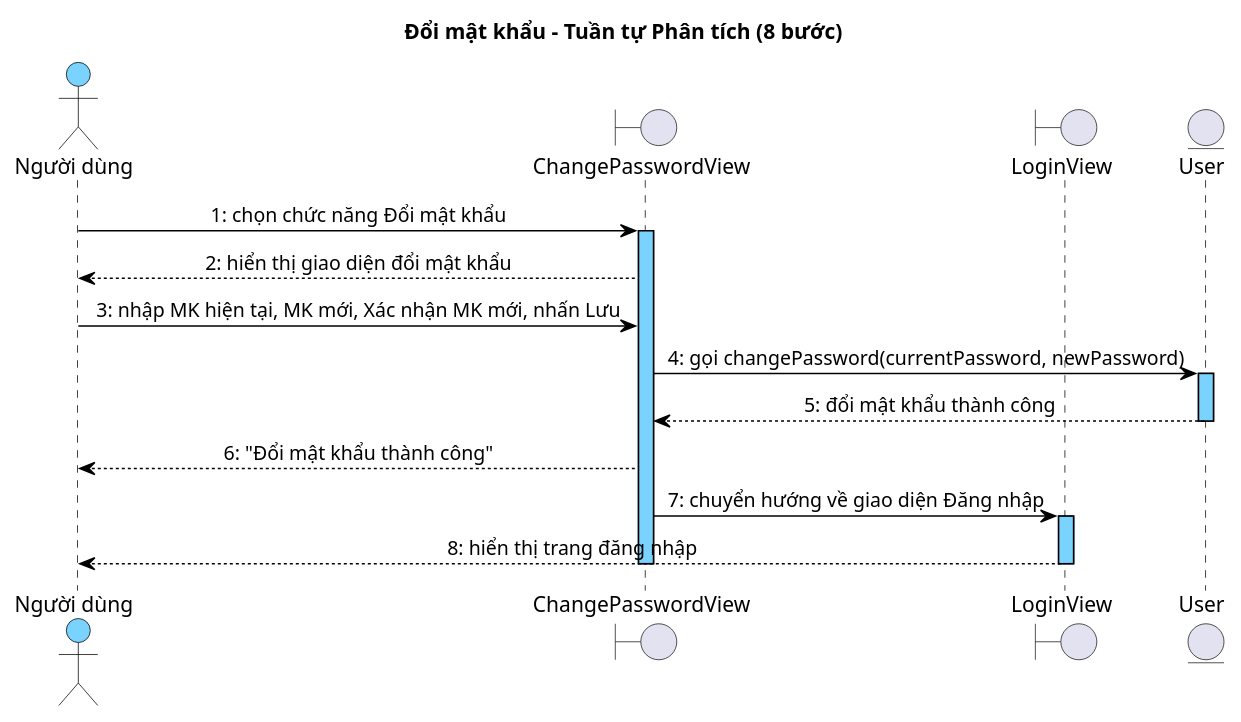
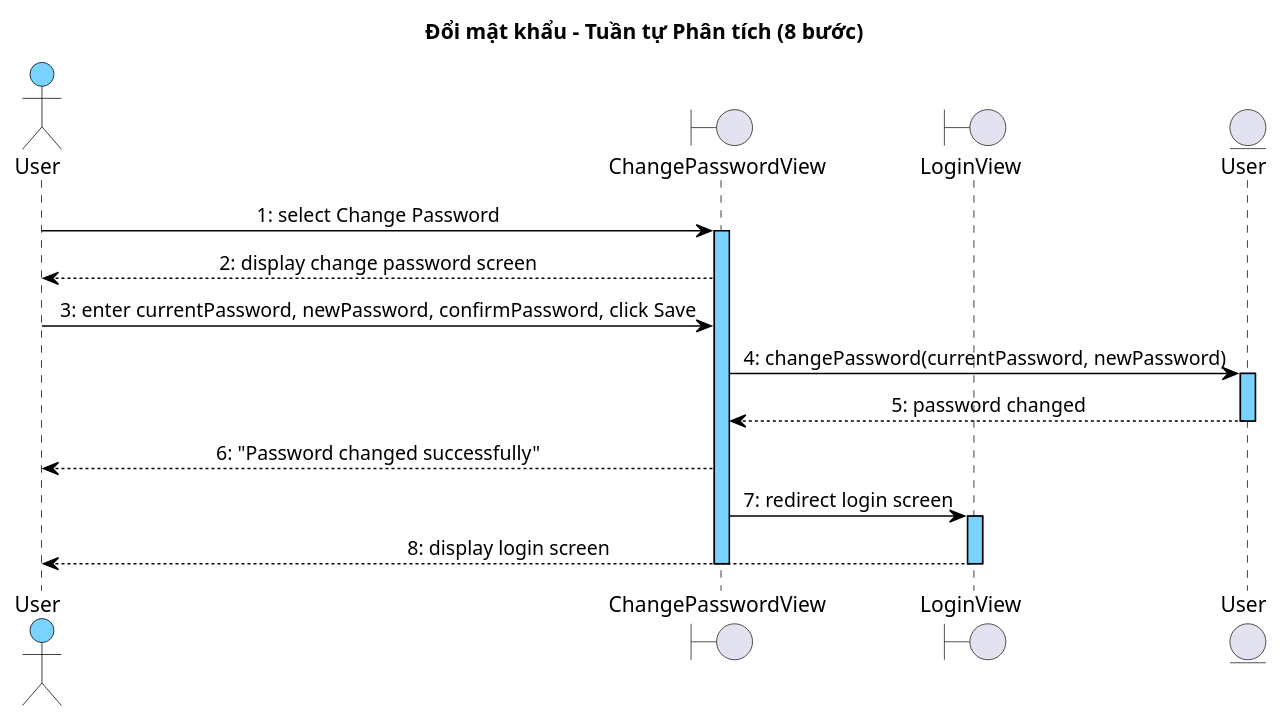
One commit to thanhtrnnn/cnpm changed the fifth of 7 diagrams in docs/tabs/account/ii-analysis.md. Above: the diagram before and after it, drawn with PlantUML. The commit also changed other lines of this file and 3 other files, not shown here.

First line of the commit message:
fix: PlantUML arrow labels → English; section II.4 scenarios use bullets

````diff
--- a/docs/tabs/account/ii-analysis.md
+++ b/docs/tabs/account/ii-analysis.md
@@ -560,45 +560,45 @@
 ```plantuml
 @startuml
 skinparam shadowing false
 skinparam SequenceMessageAlign left
 skinparam sequenceMessageAlign center
 skinparam sequenceArrowThickness 1
 skinparam sequenceLifeLineBorderColor #000000
 skinparam sequenceLifeLineBackgroundColor #7AD2FF
 skinparam sequenceParticipantBackgroundColor #7AD2FF
 skinparam sequenceParticipantBorderColor #000000
 skinparam sequenceParticipantFontColor #000000
 skinparam sequenceArrowColor #000000
 skinparam sequenceArrowFontColor #000000
 skinparam sequenceGroupBorderColor #000000
 skinparam sequenceGroupBackgroundColor #DDEEFF
 skinparam sequenceDividerBorderColor #000000
 skinparam sequenceDividerBackgroundColor #DDEEFF
 skinparam sequenceMessageFontColor #000000
 skinparam sequenceMessageFontSize 10
 skinparam sequenceActorBorderColor #000000
 skinparam sequenceActorBackgroundColor #7AD2FF
 skinparam sequenceActorFontColor #000000
 title Đổi mật khẩu – Tuần tự Phân tích (8 bước)
 
-actor "Người dùng" as Actor
+actor "User" as Actor
 boundary ChangePasswordView as B1
 boundary LoginView as B2
 entity User as E1
 
-Actor -> B1 : 1: chọn chức năng Đổi mật khẩu
+Actor -> B1 : 1: select Change Password
 activate B1
-B1 --> Actor : 2: hiển thị giao diện đổi mật khẩu
-Actor -> B1 : 3: nhập MK hiện tại, MK mới, Xác nhận MK mới, nhấn Lưu
-B1 -> E1 : 4: gọi changePassword(currentPassword, newPassword)
+B1 --> Actor : 2: display change password screen
+Actor -> B1 : 3: enter currentPassword, newPassword, confirmPassword, click Save
+B1 -> E1 : 4: changePassword(currentPassword, newPassword)
 activate E1
-E1 --> B1 : 5: đổi mật khẩu thành công
+E1 --> B1 : 5: password changed
 deactivate E1
-B1 --> Actor : 6: "Đổi mật khẩu thành công"
-B1 -> B2 : 7: chuyển hướng về giao diện Đăng nhập
+B1 --> Actor : 6: "Password changed successfully"
+B1 -> B2 : 7: redirect login screen
 activate B2
-B2 --> Actor : 8: hiển thị trang đăng nhập
+B2 --> Actor : 8: display login screen
 deactivate B2
 deactivate B1
 @enduml
 ```
````
